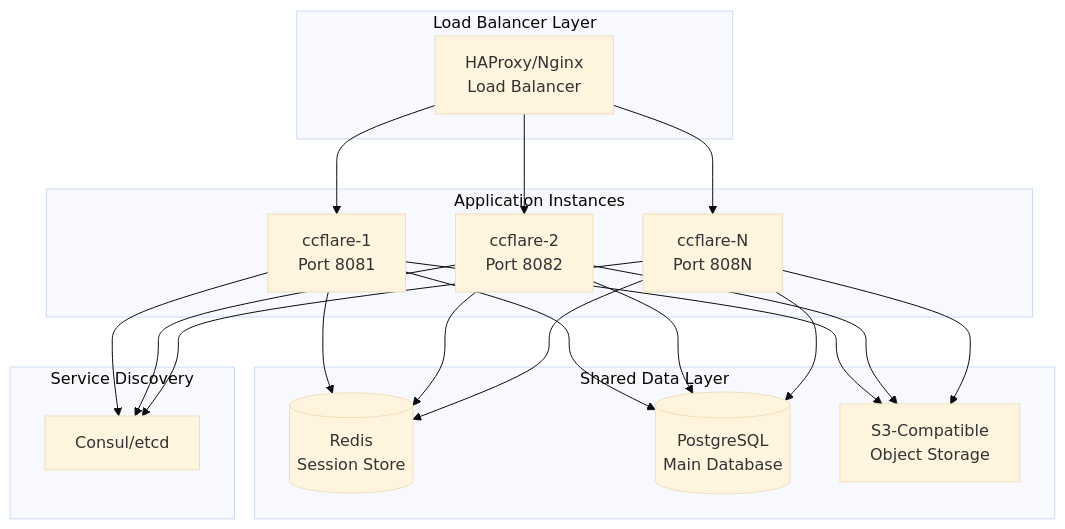
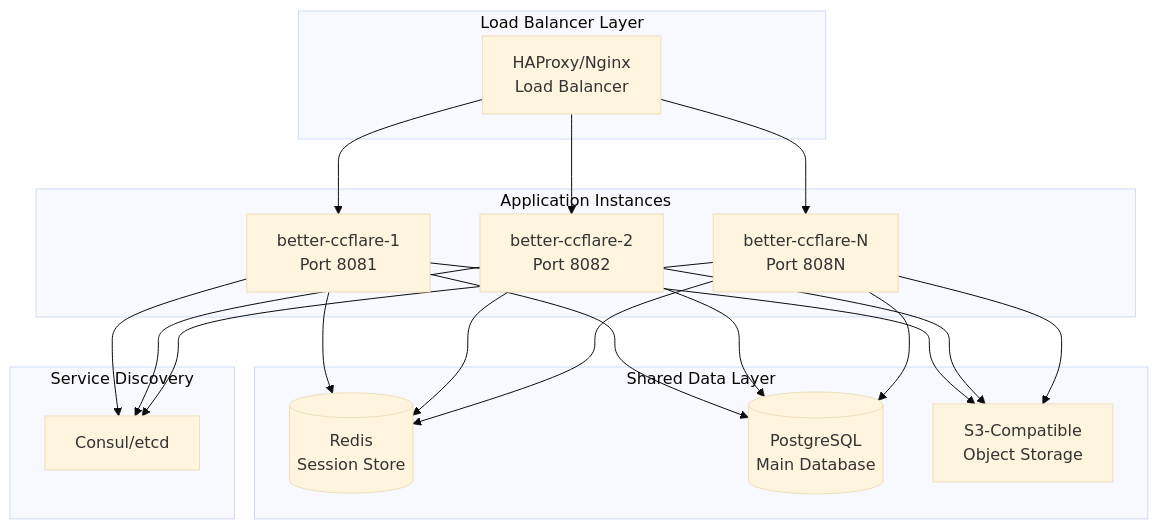
One commit to tombii/better-ccflare changed the third of 3 diagrams in docs/deployment.md. Above: the diagram before and after it, drawn with Mermaid (base theme). The commit also changed other lines of this file and 23 other files, not shown here.

````diff
--- a/docs/deployment.md
+++ b/docs/deployment.md
@@ -769,41 +769,41 @@
 ```mermaid
 graph TB
     subgraph "Load Balancer Layer"
         LB[HAProxy/Nginx<br/>Load Balancer]
     end
     
     subgraph "Application Instances"
-        APP1[ccflare-1<br/>Port 8081]
-        APP2[ccflare-2<br/>Port 8082]
-        APP3[ccflare-N<br/>Port 808N]
+        APP1[better-ccflare-1<br/>Port 8081]
+        APP2[better-ccflare-2<br/>Port 8082]
+        APP3[better-ccflare-N<br/>Port 808N]
     end
     
     subgraph "Shared Data Layer"
         REDIS[(Redis<br/>Session Store)]
         PG[(PostgreSQL<br/>Main Database)]
         S3[S3-Compatible<br/>Object Storage]
     end
     
     subgraph "Service Discovery"
         CONSUL[Consul/etcd]
     end
     
     LB --> APP1
     LB --> APP2
     LB --> APP3
     
     APP1 --> REDIS
     APP1 --> PG
     APP1 --> S3
     APP1 --> CONSUL
     
     APP2 --> REDIS
     APP2 --> PG
     APP2 --> S3
     APP2 --> CONSUL
     
     APP3 --> REDIS
     APP3 --> PG
     APP3 --> S3
     APP3 --> CONSUL
 ```
````
